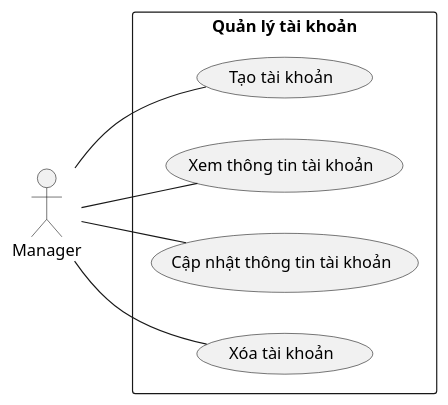
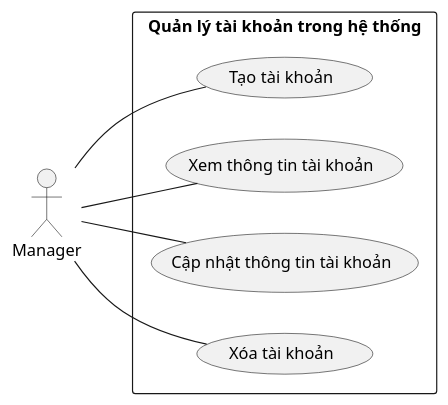
Before and after one commit to Griselda4774/EAS-EmploymentAssistanceSystem: the diagram in Lab1/Lab 1.2 Diagram/Use case/FilePUML/17. QuanLyTaiKhoan.puml, drawn with PlantUML. The commit also changed 3 other files, not shown here.

Commit message:
Update some diagram

```diff
--- a/Lab1/Lab 1.2 Diagram/Use case/FilePUML/17. QuanLyTaiKhoan.puml
+++ b/Lab1/Lab 1.2 Diagram/Use case/FilePUML/17. QuanLyTaiKhoan.puml
@@ -1,19 +1,19 @@
 @startuml QuanLyTaiKhoan
 
 left to right direction
 
 actor "Manager" as quanLy
 
-rectangle "Quản lý tài khoản" {
+rectangle "Quản lý tài khoản trong hệ thống" {
     usecase "Tạo tài khoản" as taoTaiKhoan
     usecase "Xem thông tin tài khoản" as xemThongTinTaiKhoan
     usecase "Cập nhật thông tin tài khoản" as capNhatThongTinTaiKhoan
     usecase "Xóa tài khoản" as xoaTaiKhoan
 }
 
 quanLy -- taoTaiKhoan
 quanLy -- xemThongTinTaiKhoan
 quanLy -- capNhatThongTinTaiKhoan
 quanLy -- xoaTaiKhoan
 
 @enduml
```
